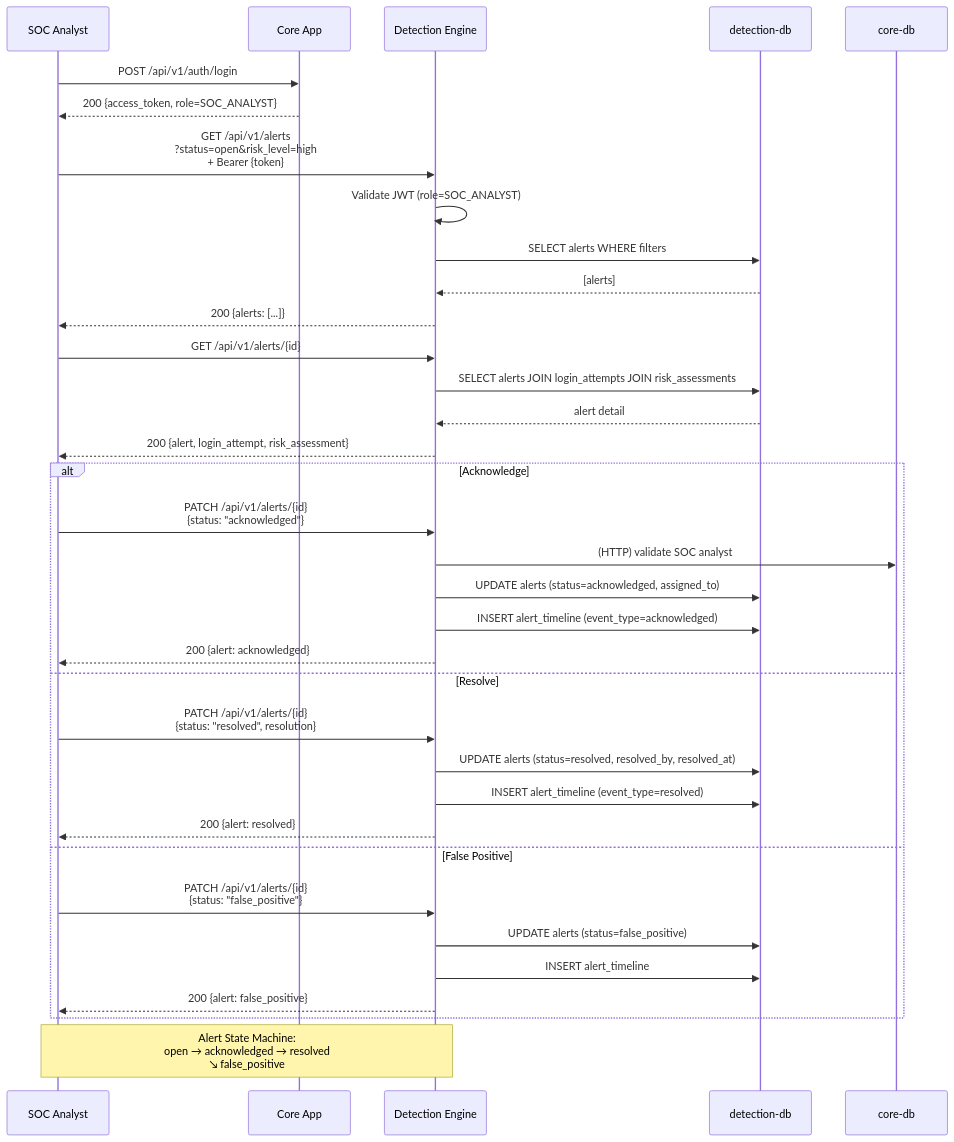
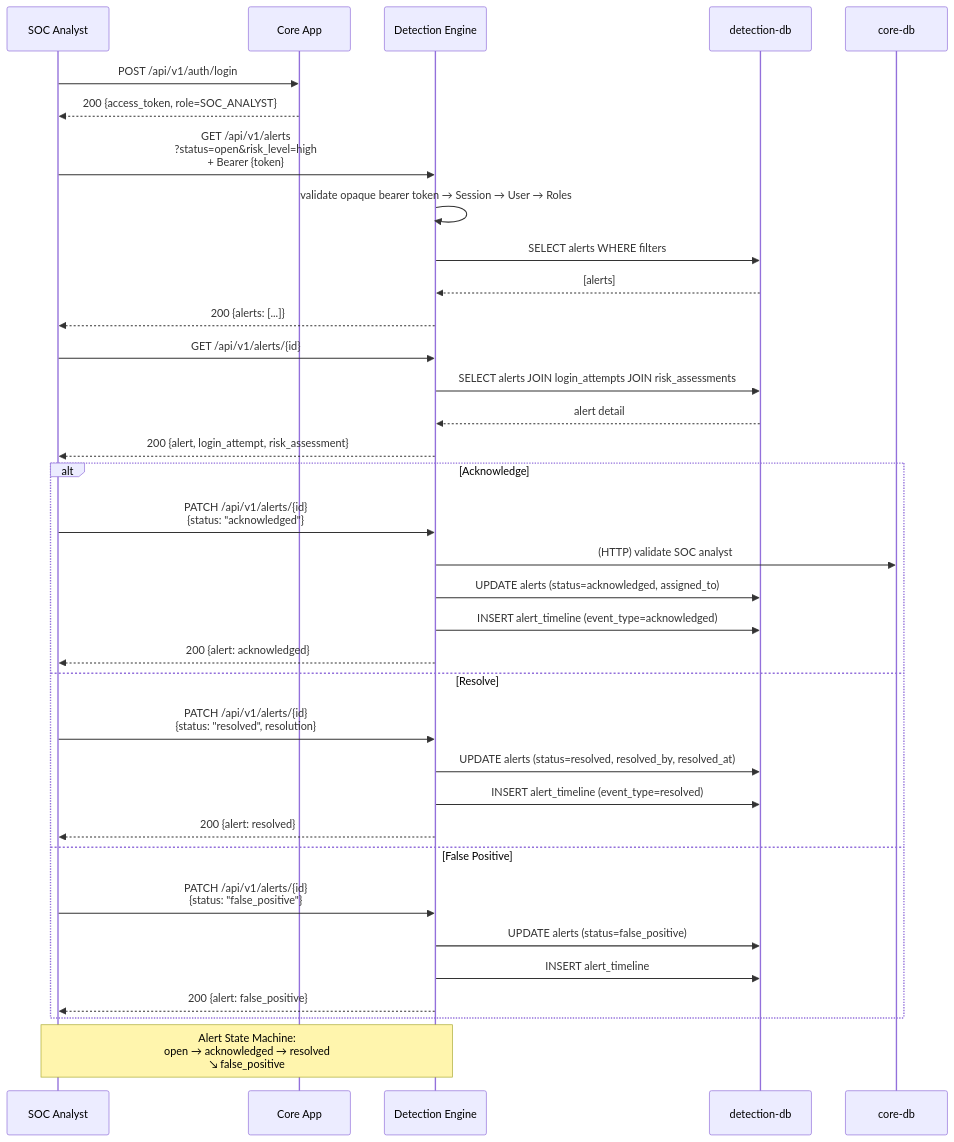
One commit to Albert-Tuan/sentinel-auth changed the fourth of 7 diagrams in docs/workflows.mmd. Above: the diagram before and after it, drawn with Mermaid. The commit also changed other lines of this file and 12 other files, not shown here.

Commit message:
docs(diagrams): reconcile v3.3 UML and workflows

````diff
--- a/docs/workflows.mmd
+++ b/docs/workflows.mmd
@@ -161,42 +161,42 @@
 ```mermaid
 sequenceDiagram
     participant S as SOC Analyst
     participant CA as Core App
     participant DE as Detection Engine
     participant DDB as detection-db
     participant CDB as core-db
 
     S->>CA: POST /api/v1/auth/login
     CA-->>S: 200 {access_token, role=SOC_ANALYST}
 
     S->>DE: GET /api/v1/alerts<br/>?status=open&risk_level=high<br/>+ Bearer {token}
-    DE->>DE: Validate JWT (role=SOC_ANALYST)
+    DE->>DE: validate opaque bearer token → Session → User → Roles
     DE->>DDB: SELECT alerts WHERE filters
     DDB-->>DE: [alerts]
     DE-->>S: 200 {alerts: [...]}
 
     S->>DE: GET /api/v1/alerts/{id}
     DE->>DDB: SELECT alerts JOIN login_attempts JOIN risk_assessments
     DDB-->>DE: alert detail
     DE-->>S: 200 {alert, login_attempt, risk_assessment}
 
     alt Acknowledge
         S->>DE: PATCH /api/v1/alerts/{id}<br/>{status: "acknowledged"}
         DE->>CDB: (HTTP) validate SOC analyst
         DE->>DDB: UPDATE alerts (status=acknowledged, assigned_to)
         DE->>DDB: INSERT alert_timeline (event_type=acknowledged)
         DE-->>S: 200 {alert: acknowledged}
     else Resolve
         S->>DE: PATCH /api/v1/alerts/{id}<br/>{status: "resolved", resolution}
         DE->>DDB: UPDATE alerts (status=resolved, resolved_by, resolved_at)
         DE->>DDB: INSERT alert_timeline (event_type=resolved)
         DE-->>S: 200 {alert: resolved}
     else False Positive
         S->>DE: PATCH /api/v1/alerts/{id}<br/>{status: "false_positive"}
         DE->>DDB: UPDATE alerts (status=false_positive)
         DE->>DDB: INSERT alert_timeline
         DE-->>S: 200 {alert: false_positive}
     end
 
     Note over S,DE: Alert State Machine:<br/>open → acknowledged → resolved<br/>            ↘ false_positive
 ```
````
